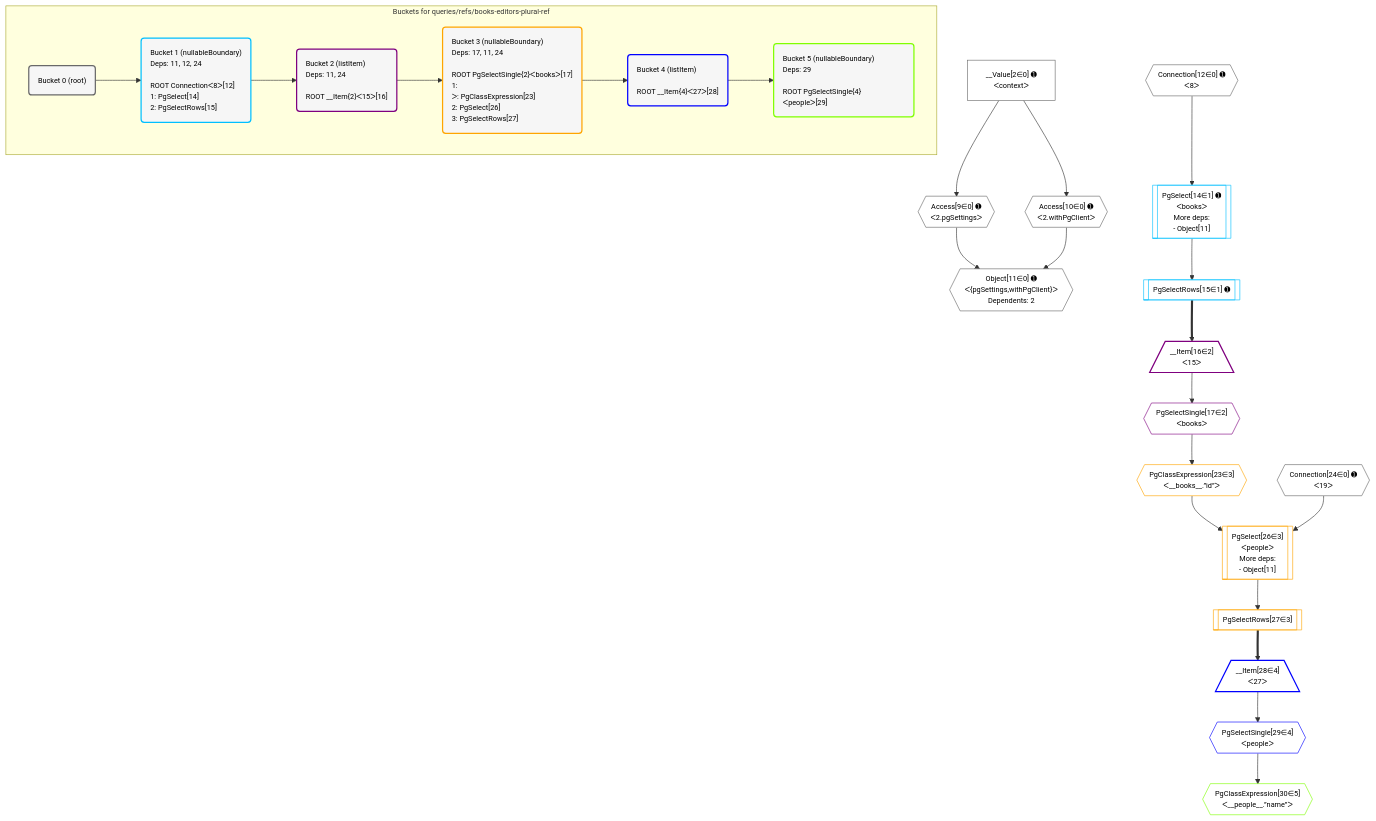
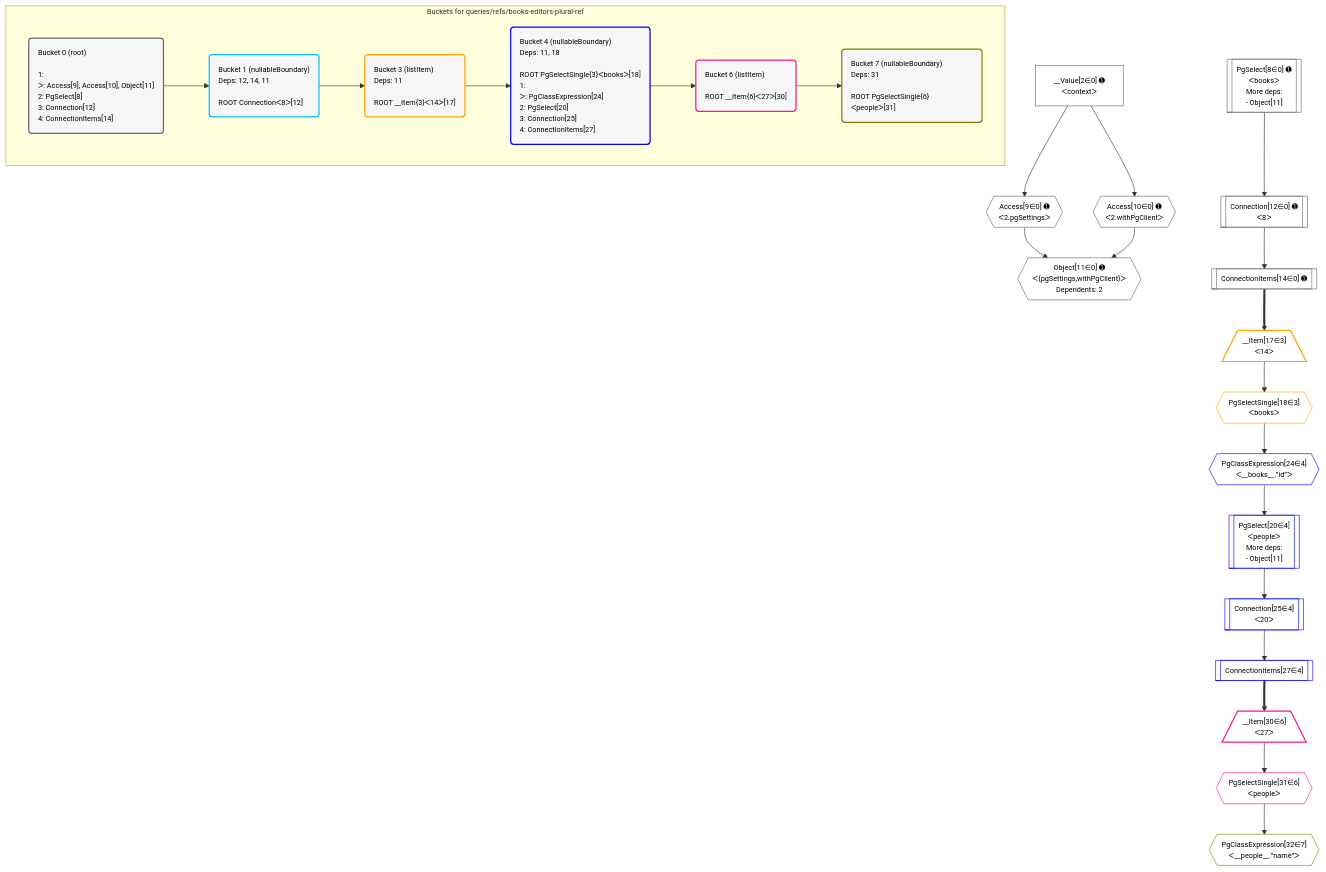
Before and after one commit to graphile/crystal: the diagram in postgraphile/postgraphile/__tests__/queries/refs/books-editors-plural-ref.mermaid, drawn with Mermaid. The commit also changed 2 other files, not shown here.

```diff
--- a/postgraphile/postgraphile/__tests__/queries/refs/books-editors-plural-ref.mermaid
+++ b/postgraphile/postgraphile/__tests__/queries/refs/books-editors-plural-ref.mermaid
@@ -1,67 +1,68 @@
 %%{init: {'themeVariables': { 'fontSize': '12px'}}}%%
 graph TD
     classDef path fill:#eee,stroke:#000,color:#000
     classDef plan fill:#fff,stroke-width:1px,color:#000
     classDef itemplan fill:#fff,stroke-width:2px,color:#000
     classDef unbatchedplan fill:#dff,stroke-width:1px,color:#000
     classDef sideeffectplan fill:#fcc,stroke-width:2px,color:#000
     classDef bucket fill:#f6f6f6,color:#000,stroke-width:2px,text-align:left
 
     subgraph "Buckets for queries/refs/books-editors-plural-ref"
-    Bucket0("Bucket 0 (root)"):::bucket
-    Bucket1("Bucket 1 (nullableBoundary)<br />Deps: 11, 12, 24<br /><br />ROOT Connectionᐸ8ᐳ[12]<br />1: PgSelect[14]<br />2: PgSelectRows[15]"):::bucket
-    Bucket2("Bucket 2 (listItem)<br />Deps: 11, 24<br /><br />ROOT __Item{2}ᐸ15ᐳ[16]"):::bucket
-    Bucket3("Bucket 3 (nullableBoundary)<br />Deps: 17, 11, 24<br /><br />ROOT PgSelectSingle{2}ᐸbooksᐳ[17]<br />1: <br />ᐳ: PgClassExpression[23]<br />2: PgSelect[26]<br />3: PgSelectRows[27]"):::bucket
-    Bucket4("Bucket 4 (listItem)<br /><br />ROOT __Item{4}ᐸ27ᐳ[28]"):::bucket
-    Bucket5("Bucket 5 (nullableBoundary)<br />Deps: 29<br /><br />ROOT PgSelectSingle{4}ᐸpeopleᐳ[29]"):::bucket
+    Bucket0("Bucket 0 (root)<br /><br />1: <br />ᐳ: Access[9], Access[10], Object[11]<br />2: PgSelect[8]<br />3: Connection[12]<br />4: ConnectionItems[14]"):::bucket
+    Bucket1("Bucket 1 (nullableBoundary)<br />Deps: 12, 14, 11<br /><br />ROOT Connectionᐸ8ᐳ[12]"):::bucket
+    Bucket3("Bucket 3 (listItem)<br />Deps: 11<br /><br />ROOT __Item{3}ᐸ14ᐳ[17]"):::bucket
+    Bucket4("Bucket 4 (nullableBoundary)<br />Deps: 11, 18<br /><br />ROOT PgSelectSingle{3}ᐸbooksᐳ[18]<br />1: <br />ᐳ: PgClassExpression[24]<br />2: PgSelect[20]<br />3: Connection[25]<br />4: ConnectionItems[27]"):::bucket
+    Bucket6("Bucket 6 (listItem)<br /><br />ROOT __Item{6}ᐸ27ᐳ[30]"):::bucket
+    Bucket7("Bucket 7 (nullableBoundary)<br />Deps: 31<br /><br />ROOT PgSelectSingle{6}ᐸpeopleᐳ[31]"):::bucket
     end
     Bucket0 --> Bucket1
-    Bucket1 --> Bucket2
-    Bucket2 --> Bucket3
+    Bucket1 --> Bucket3
     Bucket3 --> Bucket4
-    Bucket4 --> Bucket5
+    Bucket4 --> Bucket6
+    Bucket6 --> Bucket7
 
     %% plan dependencies
     Object11{{"Object[11∈0] ➊<br />ᐸ{pgSettings,withPgClient}ᐳ<br />Dependents: 2"}}:::plan
     Access9{{"Access[9∈0] ➊<br />ᐸ2.pgSettingsᐳ"}}:::plan
     Access10{{"Access[10∈0] ➊<br />ᐸ2.withPgClientᐳ"}}:::plan
     Access9 & Access10 --> Object11
+    PgSelect8[["PgSelect[8∈0] ➊<br />ᐸbooksᐳ<br />More deps:<br />- Object[11]"]]:::plan
     __Value2["__Value[2∈0] ➊<br />ᐸcontextᐳ"]:::plan
     __Value2 --> Access9
     __Value2 --> Access10
-    Connection12{{"Connection[12∈0] ➊<br />ᐸ8ᐳ"}}:::plan
-    Connection24{{"Connection[24∈0] ➊<br />ᐸ19ᐳ"}}:::plan
-    PgSelect14[["PgSelect[14∈1] ➊<br />ᐸbooksᐳ<br />More deps:<br />- Object[11]"]]:::plan
-    Connection12 --> PgSelect14
-    PgSelectRows15[["PgSelectRows[15∈1] ➊"]]:::plan
-    PgSelect14 --> PgSelectRows15
-    __Item16[/"__Item[16∈2]<br />ᐸ15ᐳ"\]:::itemplan
-    PgSelectRows15 ==> __Item16
-    PgSelectSingle17{{"PgSelectSingle[17∈2]<br />ᐸbooksᐳ"}}:::plan
-    __Item16 --> PgSelectSingle17
-    PgSelect26[["PgSelect[26∈3]<br />ᐸpeopleᐳ<br />More deps:<br />- Object[11]"]]:::plan
-    PgClassExpression23{{"PgClassExpression[23∈3]<br />ᐸ__books__.”id”ᐳ"}}:::plan
-    PgClassExpression23 & Connection24 --> PgSelect26
-    PgSelectSingle17 --> PgClassExpression23
-    PgSelectRows27[["PgSelectRows[27∈3]"]]:::plan
-    PgSelect26 --> PgSelectRows27
-    __Item28[/"__Item[28∈4]<br />ᐸ27ᐳ"\]:::itemplan
-    PgSelectRows27 ==> __Item28
-    PgSelectSingle29{{"PgSelectSingle[29∈4]<br />ᐸpeopleᐳ"}}:::plan
-    __Item28 --> PgSelectSingle29
-    PgClassExpression30{{"PgClassExpression[30∈5]<br />ᐸ__people__.”name”ᐳ"}}:::plan
-    PgSelectSingle29 --> PgClassExpression30
+    Connection12[["Connection[12∈0] ➊<br />ᐸ8ᐳ"]]:::plan
+    PgSelect8 --> Connection12
+    ConnectionItems14[["ConnectionItems[14∈0] ➊"]]:::plan
+    Connection12 --> ConnectionItems14
+    __Item17[/"__Item[17∈3]<br />ᐸ14ᐳ"\]:::itemplan
+    ConnectionItems14 ==> __Item17
+    PgSelectSingle18{{"PgSelectSingle[18∈3]<br />ᐸbooksᐳ"}}:::plan
+    __Item17 --> PgSelectSingle18
+    PgSelect20[["PgSelect[20∈4]<br />ᐸpeopleᐳ<br />More deps:<br />- Object[11]"]]:::plan
+    PgClassExpression24{{"PgClassExpression[24∈4]<br />ᐸ__books__.”id”ᐳ"}}:::plan
+    PgClassExpression24 --> PgSelect20
+    PgSelectSingle18 --> PgClassExpression24
+    Connection25[["Connection[25∈4]<br />ᐸ20ᐳ"]]:::plan
+    PgSelect20 --> Connection25
+    ConnectionItems27[["ConnectionItems[27∈4]"]]:::plan
+    Connection25 --> ConnectionItems27
+    __Item30[/"__Item[30∈6]<br />ᐸ27ᐳ"\]:::itemplan
+    ConnectionItems27 ==> __Item30
+    PgSelectSingle31{{"PgSelectSingle[31∈6]<br />ᐸpeopleᐳ"}}:::plan
+    __Item30 --> PgSelectSingle31
+    PgClassExpression32{{"PgClassExpression[32∈7]<br />ᐸ__people__.”name”ᐳ"}}:::plan
+    PgSelectSingle31 --> PgClassExpression32
 
     %% define steps
     classDef bucket0 stroke:#696969
-    class Bucket0,__Value2,Access9,Access10,Object11,Connection12,Connection24 bucket0
+    class Bucket0,__Value2,PgSelect8,Access9,Access10,Object11,Connection12,ConnectionItems14 bucket0
     classDef bucket1 stroke:#00bfff
-    class Bucket1,PgSelect14,PgSelectRows15 bucket1
-    classDef bucket2 stroke:#7f007f
-    class Bucket2,__Item16,PgSelectSingle17 bucket2
+    class Bucket1 bucket1
     classDef bucket3 stroke:#ffa500
-    class Bucket3,PgClassExpression23,PgSelect26,PgSelectRows27 bucket3
+    class Bucket3,__Item17,PgSelectSingle18 bucket3
     classDef bucket4 stroke:#0000ff
-    class Bucket4,__Item28,PgSelectSingle29 bucket4
-    classDef bucket5 stroke:#7fff00
-    class Bucket5,PgClassExpression30 bucket5
+    class Bucket4,PgSelect20,PgClassExpression24,Connection25,ConnectionItems27 bucket4
+    classDef bucket6 stroke:#ff1493
+    class Bucket6,__Item30,PgSelectSingle31 bucket6
+    classDef bucket7 stroke:#808000
+    class Bucket7,PgClassExpression32 bucket7
```
